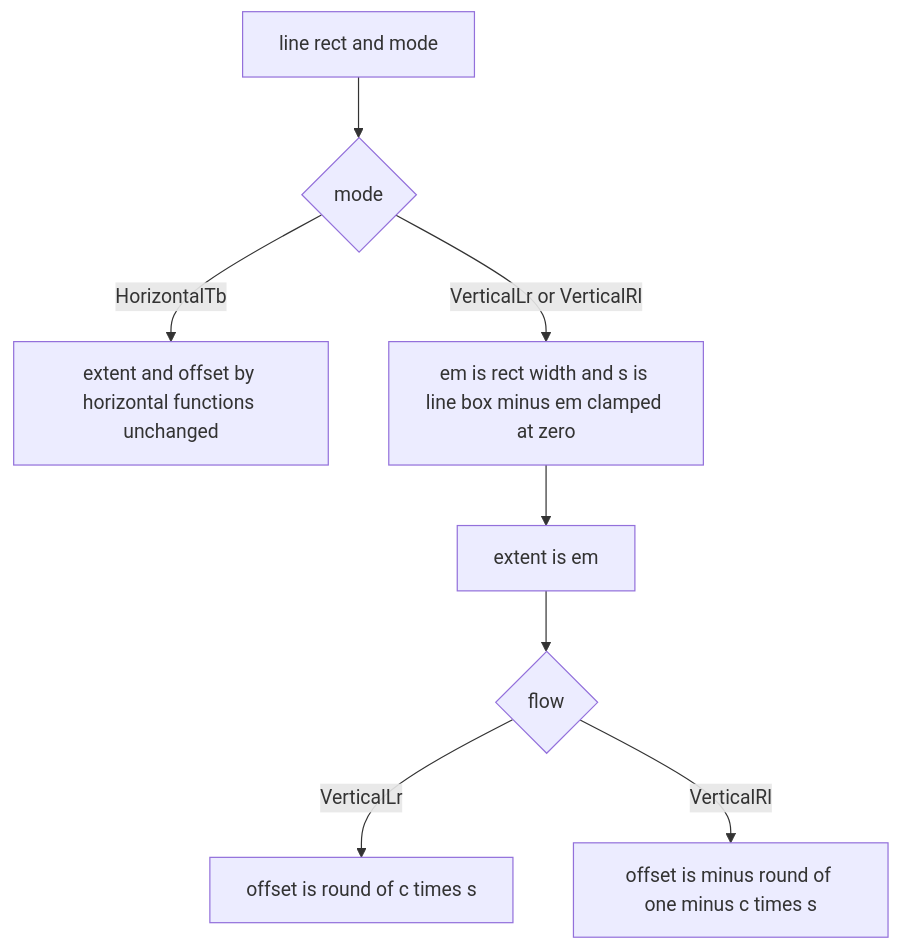
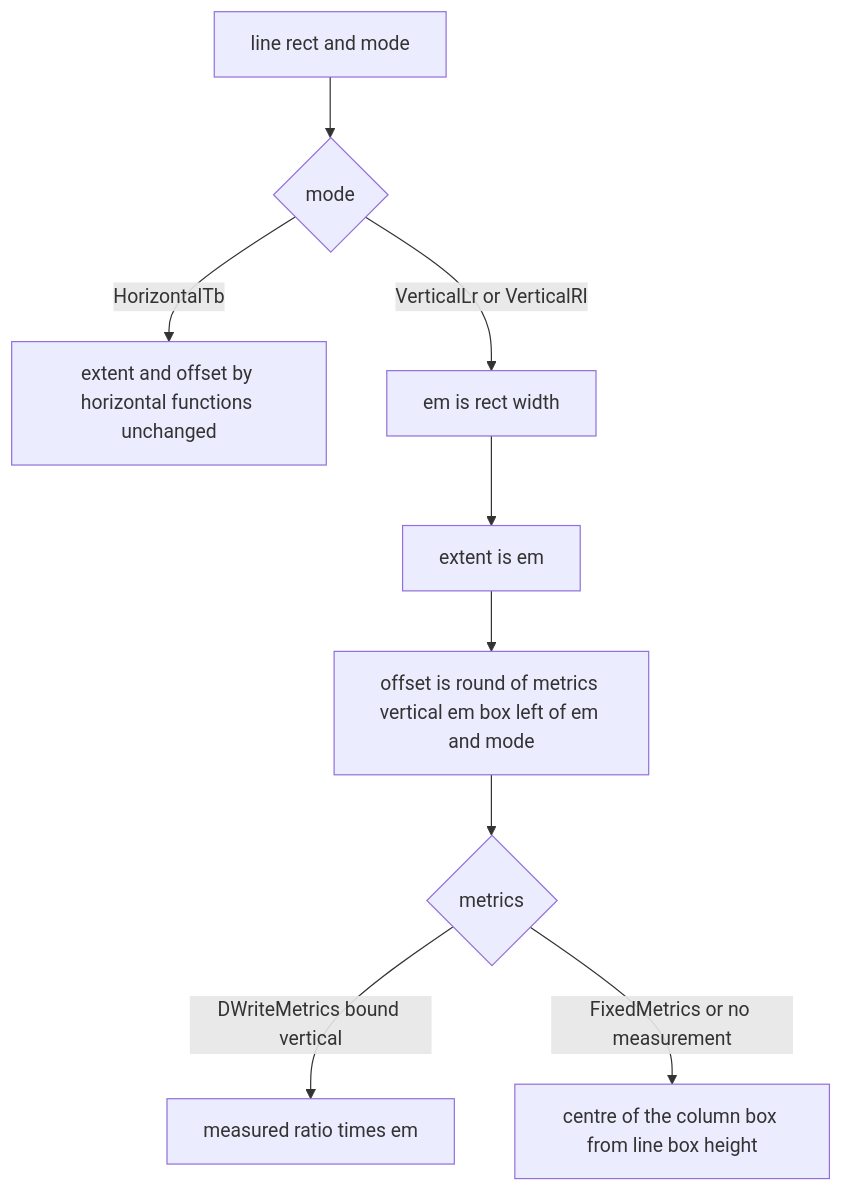
The second of 2 diagrams in .kiro/specs/vertical-choice-hover-band/design.md (ekicyou/areka), drawn with Mermaid before and after one commit. The commit also changed other lines of this file and 4 other files, not shown here.

````diff
--- a/.kiro/specs/vertical-choice-hover-band/design.md
+++ b/.kiro/specs/vertical-choice-hover-band/design.md
@@ -118,10 +139,11 @@
 ```mermaid
 flowchart TD
     Start[line rect and mode] --> Mode{mode}
     Mode -->|HorizontalTb| H[extent and offset by horizontal functions unchanged]
-    Mode -->|VerticalLr or VerticalRl| V[em is rect width and s is line box minus em clamped at zero]
+    Mode -->|VerticalLr or VerticalRl| V[em is rect width]
     V --> Ext[extent is em]
-    Ext --> Dir{flow}
-    Dir -->|VerticalLr| Lr[offset is round of c times s]
-    Dir -->|VerticalRl| Rl[offset is minus round of one minus c times s]
+    Ext --> Box[offset is round of metrics vertical em box left of em and mode]
+    Box --> Impl{metrics}
+    Impl -->|DWriteMetrics bound vertical| Measured[measured ratio times em]
+    Impl -->|FixedMetrics or no measurement| Default[centre of the column box from line box height]
 ```
````
